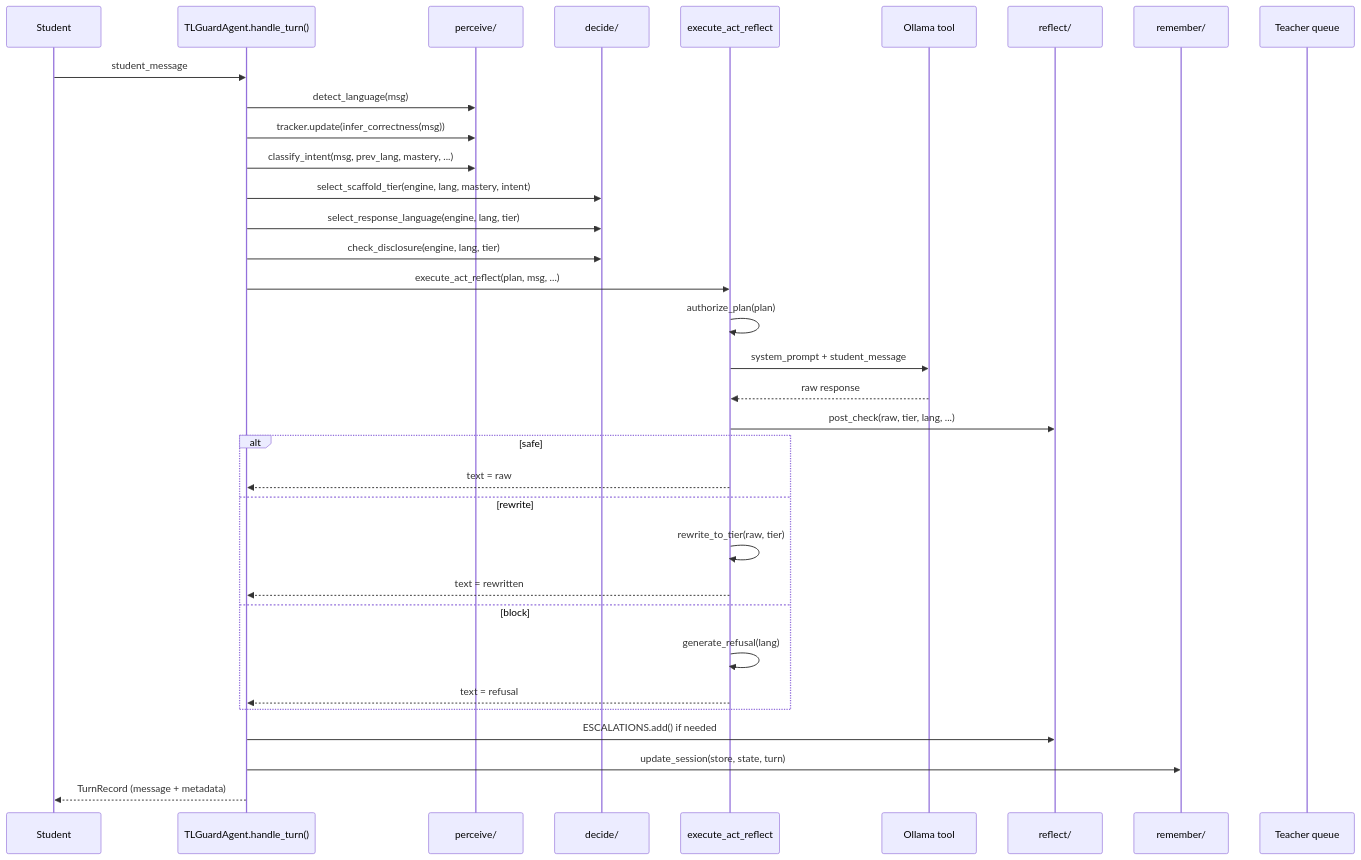
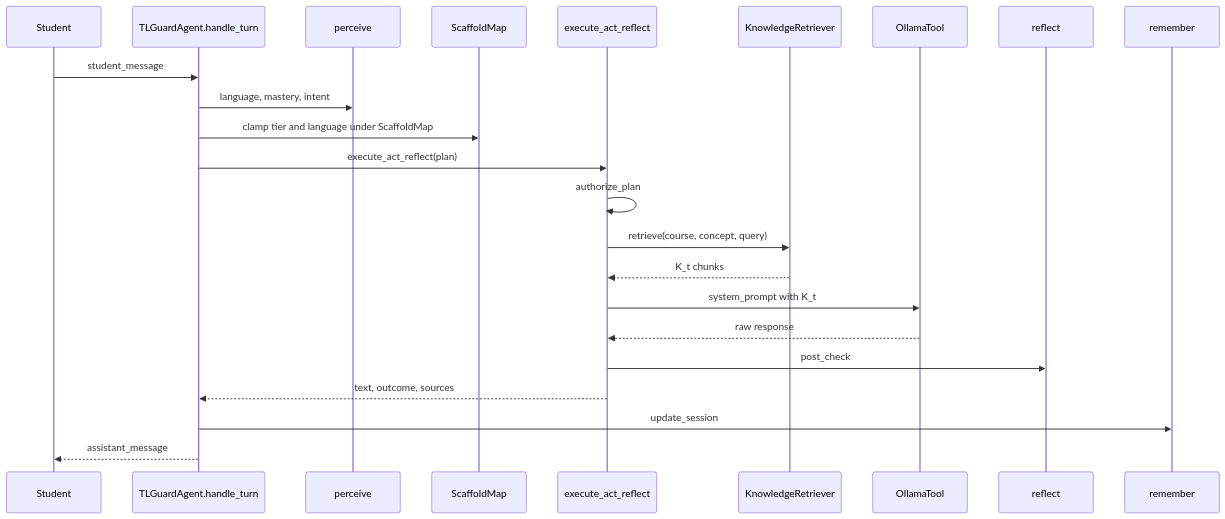
One commit to soumyadip007/Agentic-AI-as-a-Guardrailed-Multilingual-Buddy changed the diagram in docs/architecture.md. Above: the diagram before and after it, drawn with Mermaid. The commit also changed other lines of this file and 47 other files, not shown here.

````diff
--- a/docs/architecture.md
+++ b/docs/architecture.md
@@ -54,37 +58,26 @@
 ```mermaid
 sequenceDiagram
     participant Student
-    participant Agent as TLGuardAgent.handle_turn()
-    participant Perceive as perceive/
-    participant Decide as decide/
+    participant Agent as TLGuardAgent.handle_turn
+    participant Perceive as perceive
+    participant Decide as ScaffoldMap
     participant ActReflect as execute_act_reflect
-    participant LLM as Ollama tool
-    participant Reflect as reflect/
-    participant Remember as remember/
-    participant Teacher as Teacher queue
+    participant KB as KnowledgeRetriever
+    participant LLM as OllamaTool
+    participant Reflect as reflect
+    participant Remember as remember
 
     Student->>Agent: student_message
-    Agent->>Perceive: detect_language(msg)
-    Agent->>Perceive: tracker.update(infer_correctness(msg))
-    Agent->>Perceive: classify_intent(msg, prev_lang, mastery, ...)
-    Agent->>Decide: select_scaffold_tier(engine, lang, mastery, intent)
-    Agent->>Decide: select_response_language(engine, lang, tier)
-    Agent->>Decide: check_disclosure(engine, lang, tier)
-    Agent->>ActReflect: execute_act_reflect(plan, msg, ...)
-    ActReflect->>ActReflect: authorize_plan(plan)
-    ActReflect->>LLM: system_prompt + student_message
+    Agent->>Perceive: language, mastery, intent
+    Agent->>Decide: clamp tier and language under ScaffoldMap
+    Agent->>ActReflect: execute_act_reflect(plan)
+    ActReflect->>ActReflect: authorize_plan
+    ActReflect->>KB: retrieve(course, concept, query)
+    KB-->>ActReflect: K_t chunks
+    ActReflect->>LLM: system_prompt with K_t
     LLM-->>ActReflect: raw response
-    ActReflect->>Reflect: post_check(raw, tier, lang, ...)
-    alt safe
-        ActReflect-->>Agent: text = raw
-    else rewrite
-        ActReflect->>ActReflect: rewrite_to_tier(raw, tier)
-        ActReflect-->>Agent: text = rewritten
-    else block
-        ActReflect->>ActReflect: generate_refusal(lang)
-        ActReflect-->>Agent: text = refusal
-    end
-    Agent->>Reflect: ESCALATIONS.add() if needed
-    Agent->>Remember: update_session(store, state, turn)
-    Agent-->>Student: TurnRecord (message + metadata)
+    ActReflect->>Reflect: post_check
+    ActReflect-->>Agent: text, outcome, sources
+    Agent->>Remember: update_session
+    Agent-->>Student: assistant_message
 ```
````
